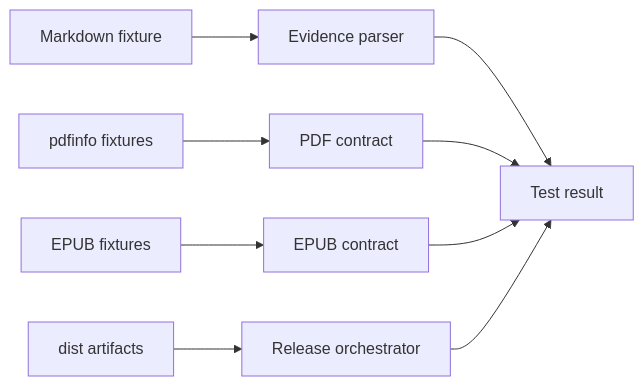
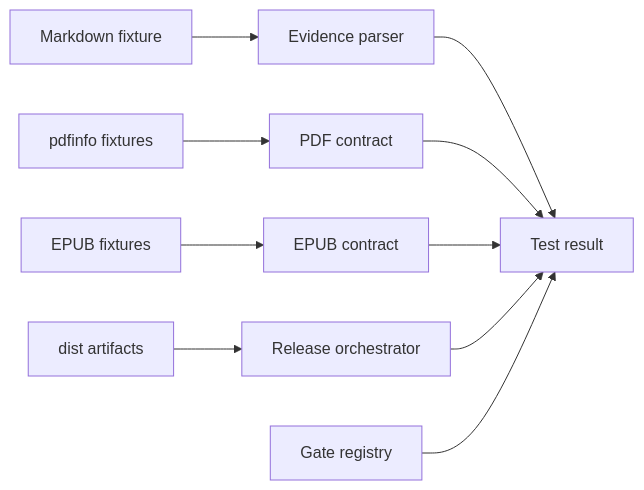
The fifth of 5 diagrams in tests/AGENTS.md (streamentry/streamentry), drawn with Mermaid before and after one commit. The commit also changed other lines of this file and 32 other files, not shown here.

````diff
--- a/tests/AGENTS.md
+++ b/tests/AGENTS.md
@@ -72,11 +77,12 @@
 ```mermaid
 flowchart LR
   M["Markdown fixture"] --> E["Evidence parser"]
   P["pdfinfo fixtures"] --> D["PDF contract"]
   X["EPUB fixtures"] --> U["EPUB contract"]
   A["dist artifacts"] --> V["Release orchestrator"]
   E --> R["Test result"]
   D --> R
   U --> R
   V --> R
+  G["Gate registry"] --> R
 ```
````
